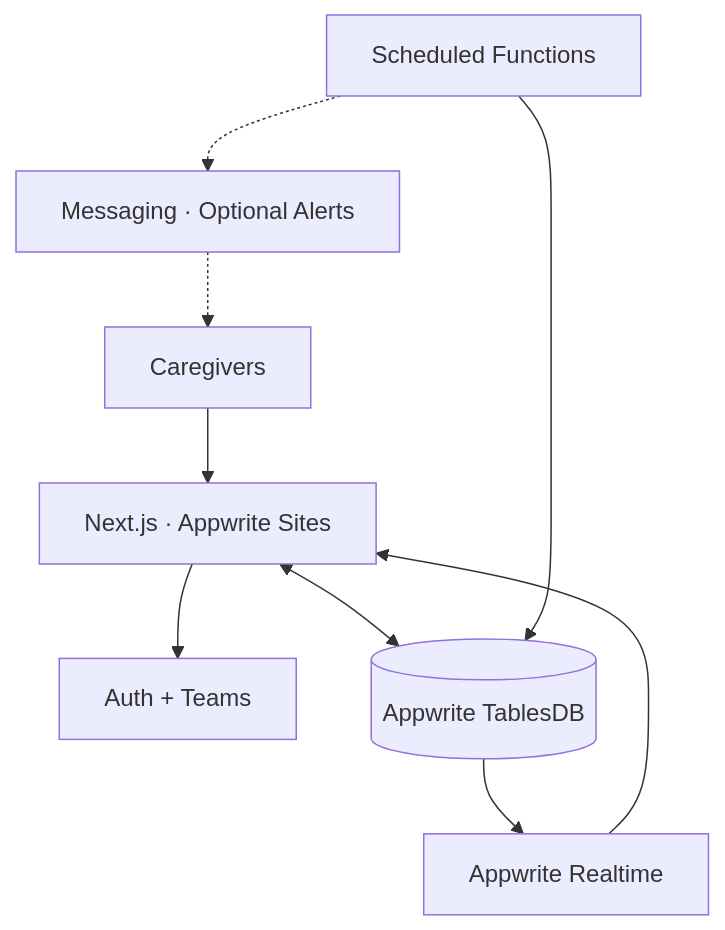
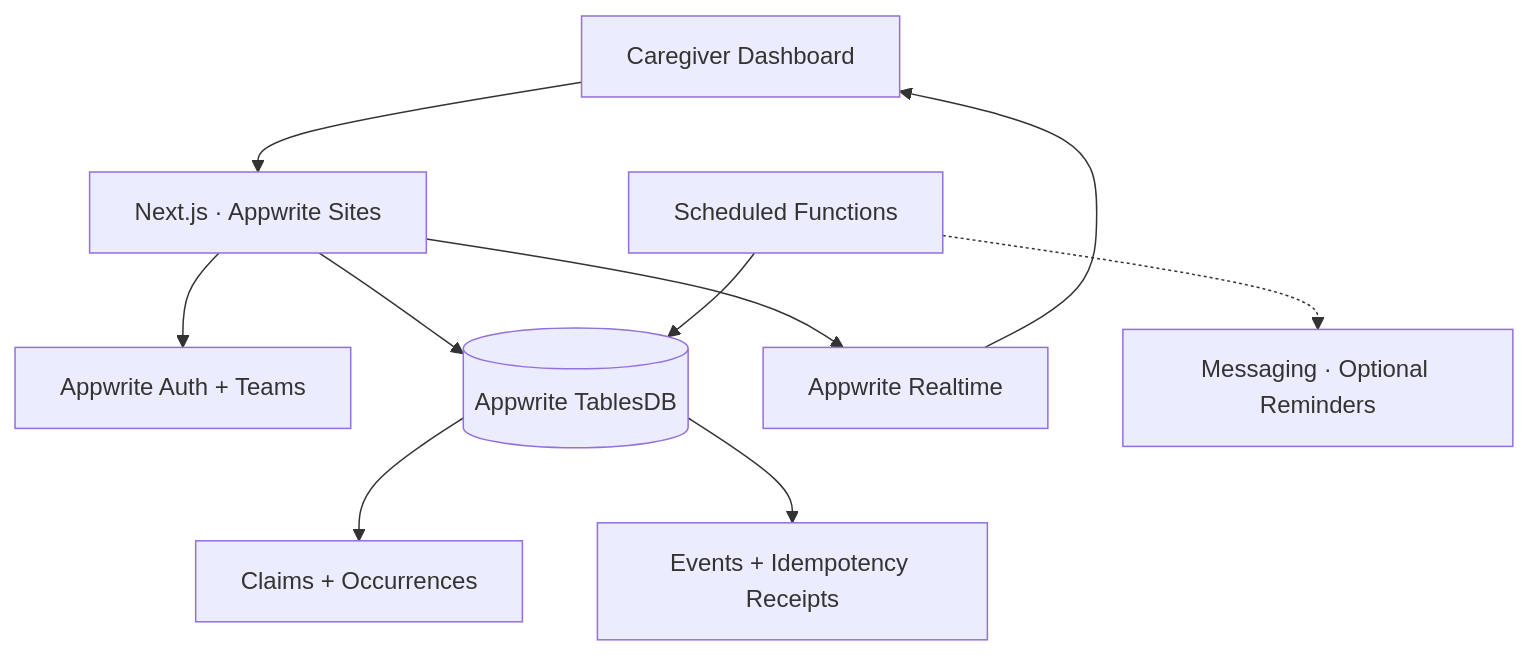
Before and after one commit to Omar8345/onedose: the second of 2 diagrams in README.md, drawn with Mermaid. The commit also changed other lines of this file, not shown here.

````diff
--- a/README.md
+++ b/README.md
@@ -76,11 +220,12 @@
 ```mermaid
-flowchart TD
-    A[Caregivers] --> B[Next.js · Appwrite Sites]
-    B --> C[Auth + Teams]
-    B <--> D[(Appwrite TablesDB)]
-    D --> E[Appwrite Realtime]
-    E --> B
-    F[Scheduled Functions] --> D
-    F -.-> G[Messaging · Optional Alerts]
-    G -.-> A
+flowchart TB
+    UI["Caregiver Dashboard"] --> APP["Next.js · Appwrite Sites"]
+    APP --> AUTH["Appwrite Auth + Teams"]
+    APP --> DB[("Appwrite TablesDB")]
+    DB --> CLAIMS["Claims + Occurrences"]
+    DB --> AUDIT["Events + Idempotency Receipts"]
+    APP --> RT["Appwrite Realtime"]
+    RT --> UI
+    FN["Scheduled Functions"] --> DB
+    FN -.-> MSG["Messaging · Optional Reminders"]
 ```
````
